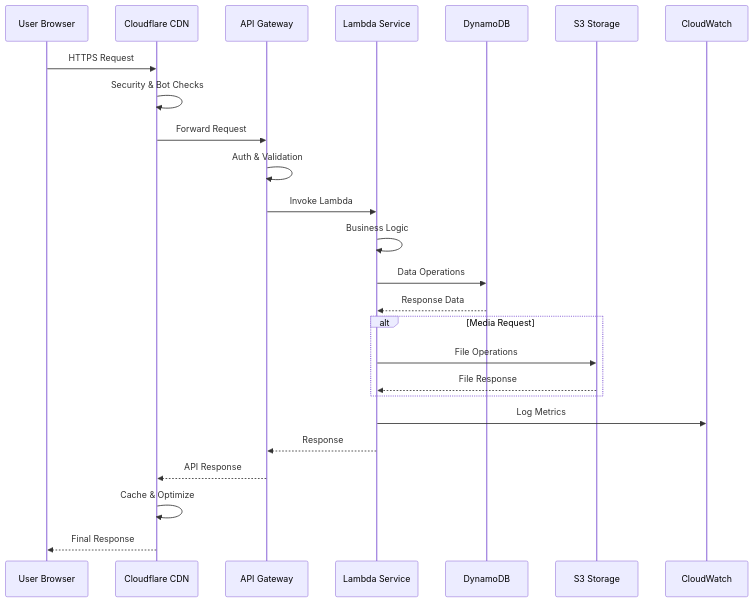
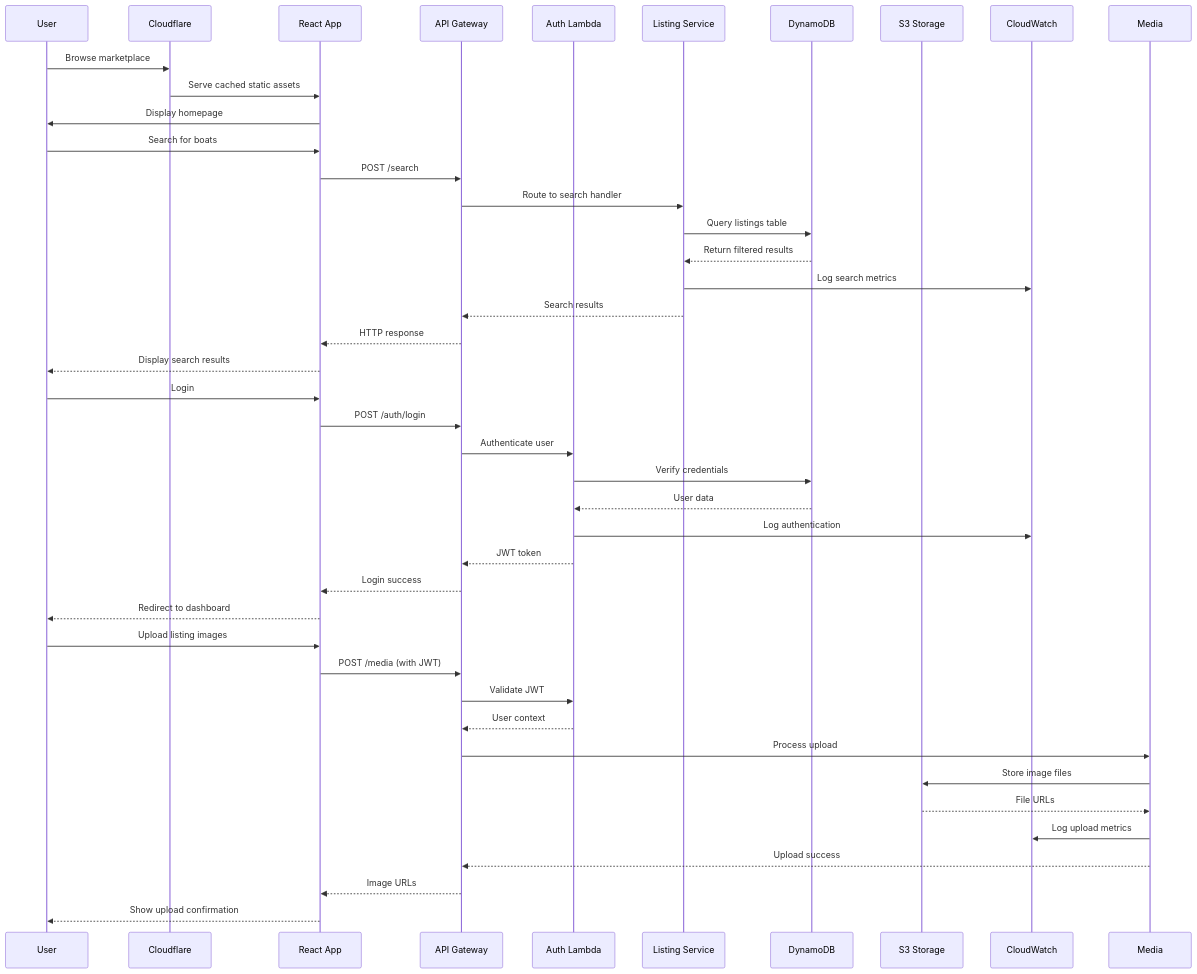
One commit to felixep/harborlist-marketplace changed the third of 8 diagrams in docs/architecture/README.md. Above: the diagram before and after it, drawn with Mermaid. The commit also changed other lines of this file and 11 other files, not shown here.

First line of the commit message:
📚 Comprehensive Architecture Documentation Enhancement

````diff
--- a/docs/architecture/README.md
+++ b/docs/architecture/README.md
@@ -159,28 +229,48 @@
 ```mermaid
 sequenceDiagram
-    participant U as User Browser
-    participant CF as Cloudflare CDN
+    participant U as User
+    participant CF as Cloudflare
+    participant UI as React App
     participant AG as API Gateway
-    participant L as Lambda Service
-    participant DB as DynamoDB
+    participant Auth as Auth Lambda
+    participant LS as Listing Service
+    participant DDB as DynamoDB
     participant S3 as S3 Storage
     participant CW as CloudWatch
-
-    U->>CF: HTTPS Request
-    CF->>CF: Security & Bot Checks
-    CF->>AG: Forward Request
-    AG->>AG: Auth & Validation
-    AG->>L: Invoke Lambda
-    L->>L: Business Logic
-    L->>DB: Data Operations
-    DB-->>L: Response Data
-    alt Media Request
-        L->>S3: File Operations
-        S3-->>L: File Response
-    end
-    L->>CW: Log Metrics
-    L-->>AG: Response
-    AG-->>CF: API Response
-    CF->>CF: Cache & Optimize
-    CF-->>U: Final Response
+    
+    U->>CF: Browse marketplace
+    CF->>UI: Serve cached static assets
+    UI->>U: Display homepage
+    
+    U->>UI: Search for boats
+    UI->>AG: POST /search
+    AG->>LS: Route to search handler
+    LS->>DDB: Query listings table
+    DDB-->>LS: Return filtered results
+    LS->>CW: Log search metrics
+    LS-->>AG: Search results
+    AG-->>UI: HTTP response
+    UI-->>U: Display search results
+    
+    U->>UI: Login
+    UI->>AG: POST /auth/login
+    AG->>Auth: Authenticate user
+    Auth->>DDB: Verify credentials
+    DDB-->>Auth: User data
+    Auth->>CW: Log authentication
+    Auth-->>AG: JWT token
+    AG-->>UI: Login success
+    UI-->>U: Redirect to dashboard
+    
+    U->>UI: Upload listing images
+    UI->>AG: POST /media (with JWT)
+    AG->>Auth: Validate JWT
+    Auth-->>AG: User context
+    AG->>Media: Process upload
+    Media->>S3: Store image files
+    S3-->>Media: File URLs
+    Media->>CW: Log upload metrics
+    Media-->>AG: Upload success
+    AG-->>UI: Image URLs
+    UI-->>U: Show upload confirmation
 ```
````
